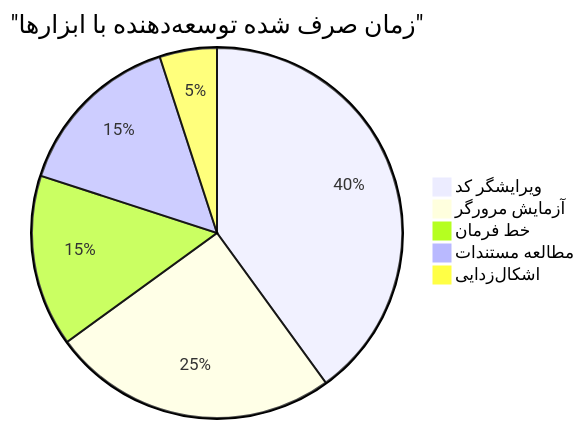
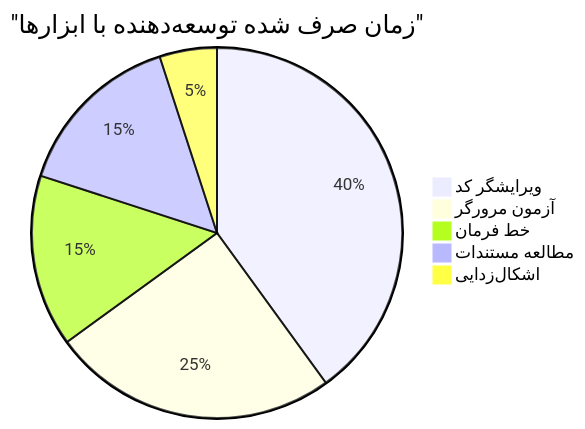
One commit to microsoft/Web-Dev-For-Beginners changed the sixth of 7 diagrams in translations/fa/1-getting-started-lessons/1-intro-to-programming-languages/README.md. Above: the diagram before and after it, drawn with Mermaid. The commit also changed other lines of this file and 8 other files, not shown here.

````diff
--- a/translations/fa/1-getting-started-lessons/1-intro-to-programming-languages/README.md
+++ b/translations/fa/1-getting-started-lessons/1-intro-to-programming-languages/README.md
@@ -710,8 +711,8 @@
 ```mermaid
 pie title "زمان صرف شده توسعه‌دهنده با ابزارها"
     "ویرایشگر کد" : 40
-    "آزمایش مرورگر" : 25
+    "آزمون مرورگر" : 25
     "خط فرمان" : 15
     "مطالعه مستندات" : 15
     "اشکال‌زدایی" : 5
 ```
````
